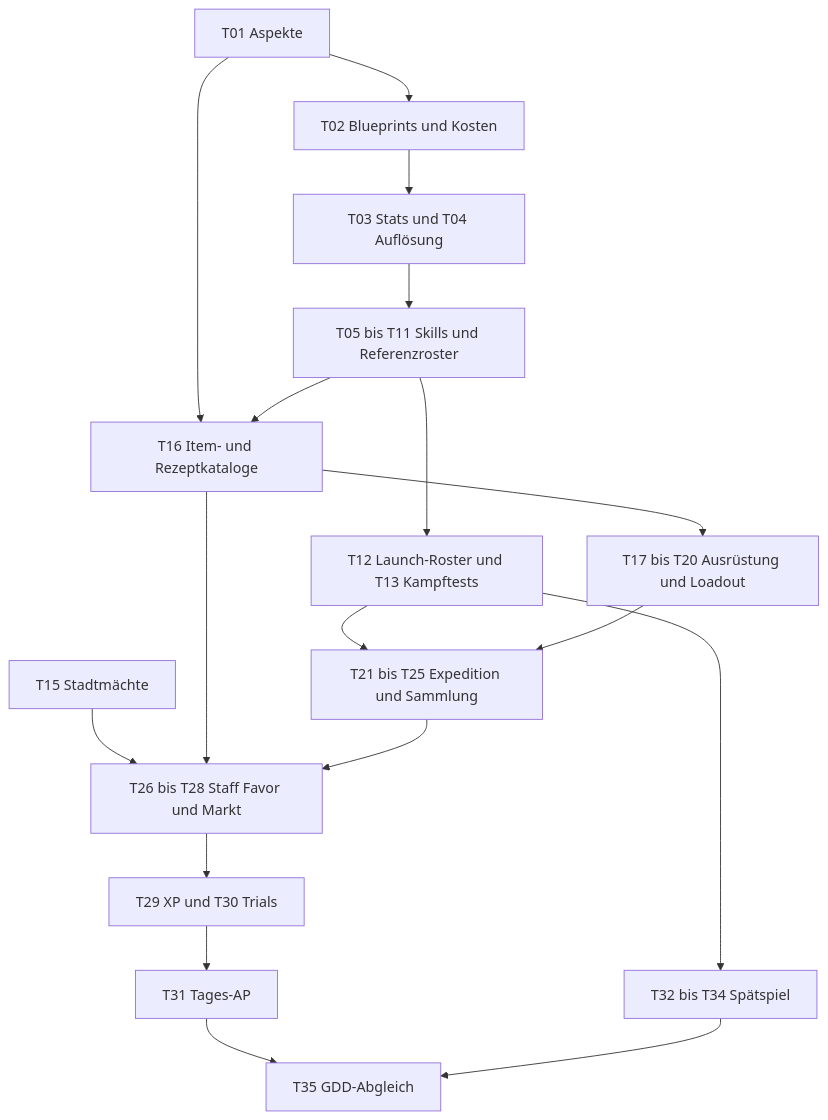
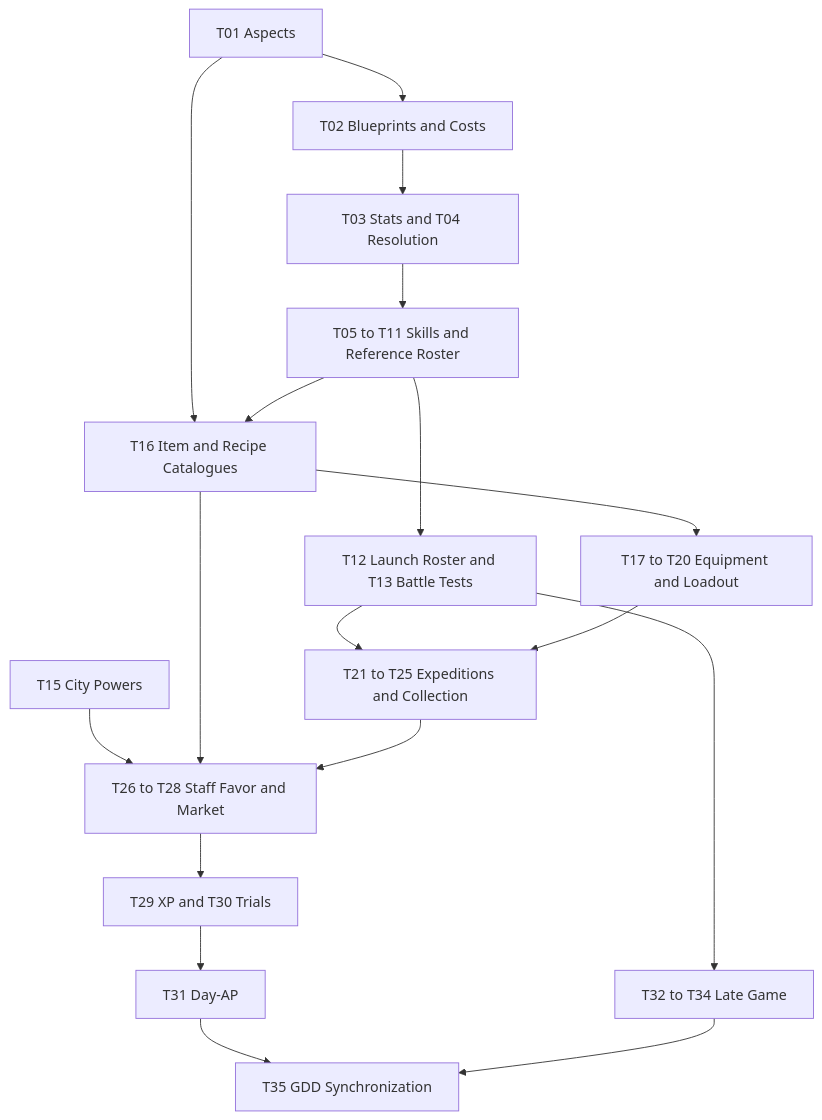
Before and after one commit to papierkorp/road_of_the_beasts: the diagram in docs/temp_todo.md, drawn with Mermaid. The commit also changed other lines of this file and 4 other files, not shown here.

````diff
--- a/docs/temp_todo.md
+++ b/docs/temp_todo.md
@@ -388,20 +397,20 @@
 ```mermaid
 flowchart TD
-    A[T01 Aspekte] --> B[T02 Blueprints und Kosten]
-    B --> C[T03 Stats und T04 Auflösung]
-    C --> D[T05 bis T11 Skills und Referenzroster]
-    D --> E[T12 Launch-Roster und T13 Kampftests]
-    A --> F[T16 Item- und Rezeptkataloge]
+    A[T01 Aspects] --> B[T02 Blueprints and Costs]
+    B --> C[T03 Stats and T04 Resolution]
+    C --> D[T05 to T11 Skills and Reference Roster]
+    D --> E[T12 Launch Roster and T13 Battle Tests]
+    A --> F[T16 Item and Recipe Catalogues]
     D --> F
-    F --> G[T17 bis T20 Ausrüstung und Loadout]
-    E --> H[T21 bis T25 Expedition und Sammlung]
+    F --> G[T17 to T20 Equipment and Loadout]
+    E --> H[T21 to T25 Expeditions and Collection]
     G --> H
-    I[T15 Stadtmächte] --> J[T26 bis T28 Staff Favor und Markt]
+    I[T15 City Powers] --> J[T26 to T28 Staff Favor and Market]
     F --> J
     H --> J
-    J --> K[T29 XP und T30 Trials]
-    K --> L[T31 Tages-AP]
-    E --> M[T32 bis T34 Spätspiel]
-    L --> N[T35 GDD-Abgleich]
+    J --> K[T29 XP and T30 Trials]
+    K --> L[T31 Day-AP]
+    E --> M[T32 to T34 Late Game]
+    L --> N[T35 GDD Synchronization]
     M --> N
 ```
````
